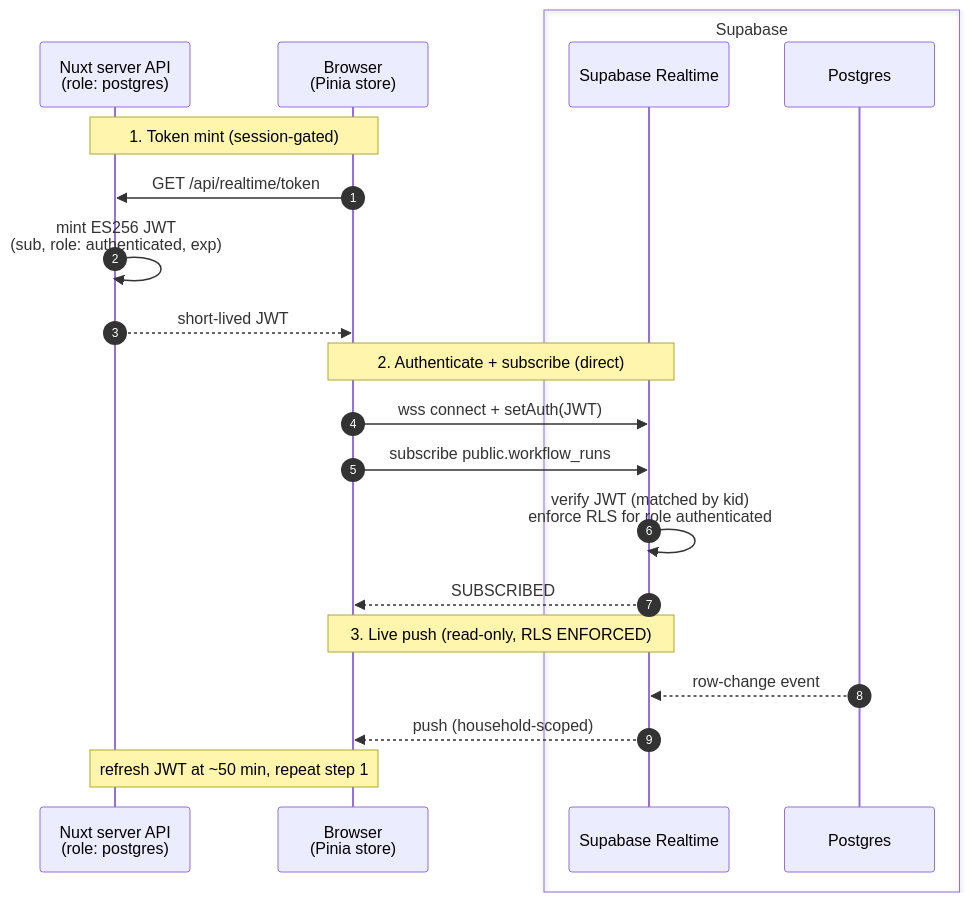
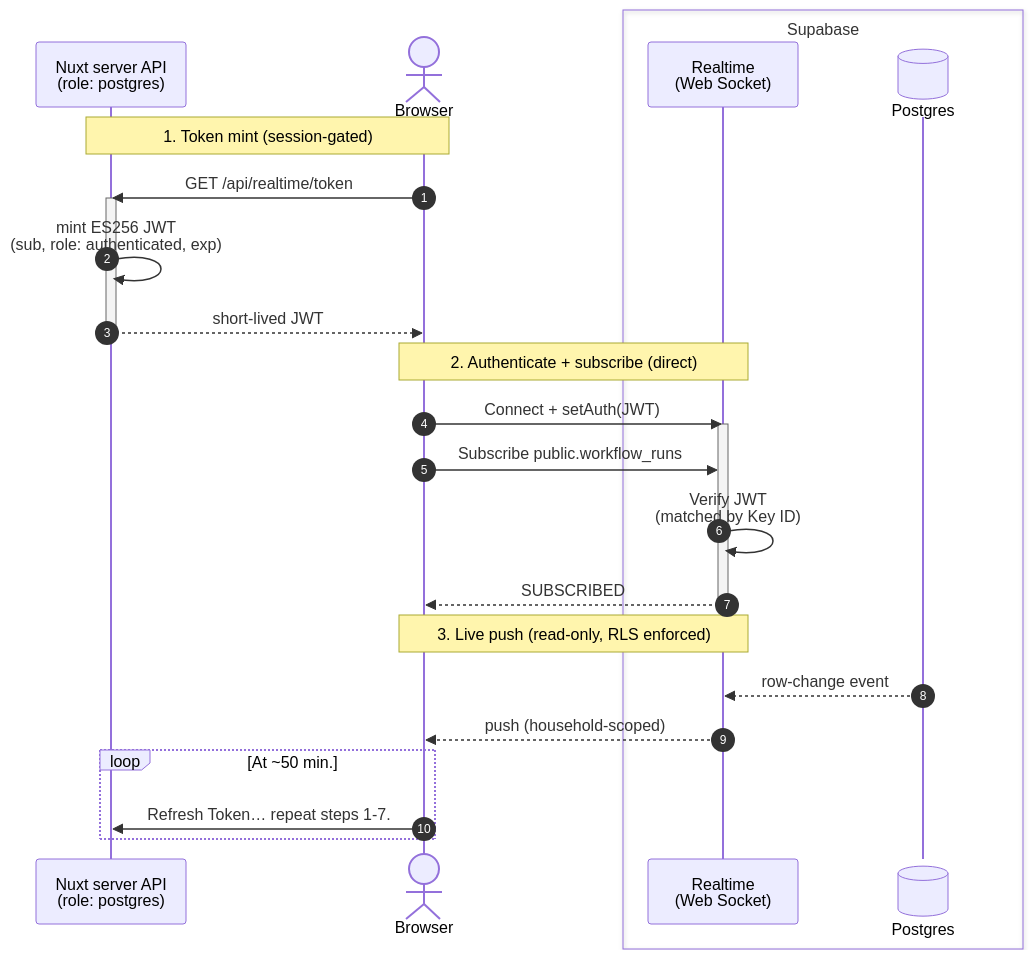
Before and after one commit to julie-ng/tally-split-ai: the second of 2 diagrams in docs/REALTIME.md, drawn with Mermaid. The commit also changed other lines of this file, not shown here.

Commit message:
docs(realtime): update diagram

````diff
--- a/docs/REALTIME.md
+++ b/docs/REALTIME.md
@@ -49,27 +48,33 @@
 ```mermaid
 sequenceDiagram
   autonumber
   participant API as Nuxt server API<br/>(role: postgres)
-  participant B as Browser<br/>(Pinia store)
+  actor B as Browser
   box Supabase
-    participant RT as Supabase Realtime
-    participant PG as Postgres
+    participant RT as Realtime<br/> (Web Socket)
+    participant PG@{ "type": "database" } as Postgres
   end
 
   Note over B,API: 1. Token mint (session-gated)
   B->>API: GET /api/realtime/token
+  activate API
   API->>API: mint ES256 JWT<br/>(sub, role: authenticated, exp)
   API-->>B: short-lived JWT
+  deactivate API
 
   Note over B,RT: 2. Authenticate + subscribe (direct)
-  B->>RT: wss connect + setAuth(JWT)
-  B->>RT: subscribe public.workflow_runs
-  RT->>RT: verify JWT (matched by kid)<br/>enforce RLS for role authenticated
+  B->>RT: Connect + setAuth(JWT)
+  activate RT
+  B->>RT: Subscribe public.workflow_runs
+  RT->>RT: Verify JWT<br/>(matched by Key ID)
   RT-->>B: SUBSCRIBED
+  deactivate RT
 
-  Note over RT,B: 3. Live push (read-only, RLS ENFORCED)
+  Note over RT,B: 3. Live push (read-only, RLS enforced)
   PG-->>RT: row-change event
   RT-->>B: push (household-scoped)
-
-  Note over B,API: refresh JWT at ~50 min, repeat step 1
+  
+  loop At ~50 min.
+      B->>API: Refresh Token… repeat steps 1-7.
+  end
 ```
````
